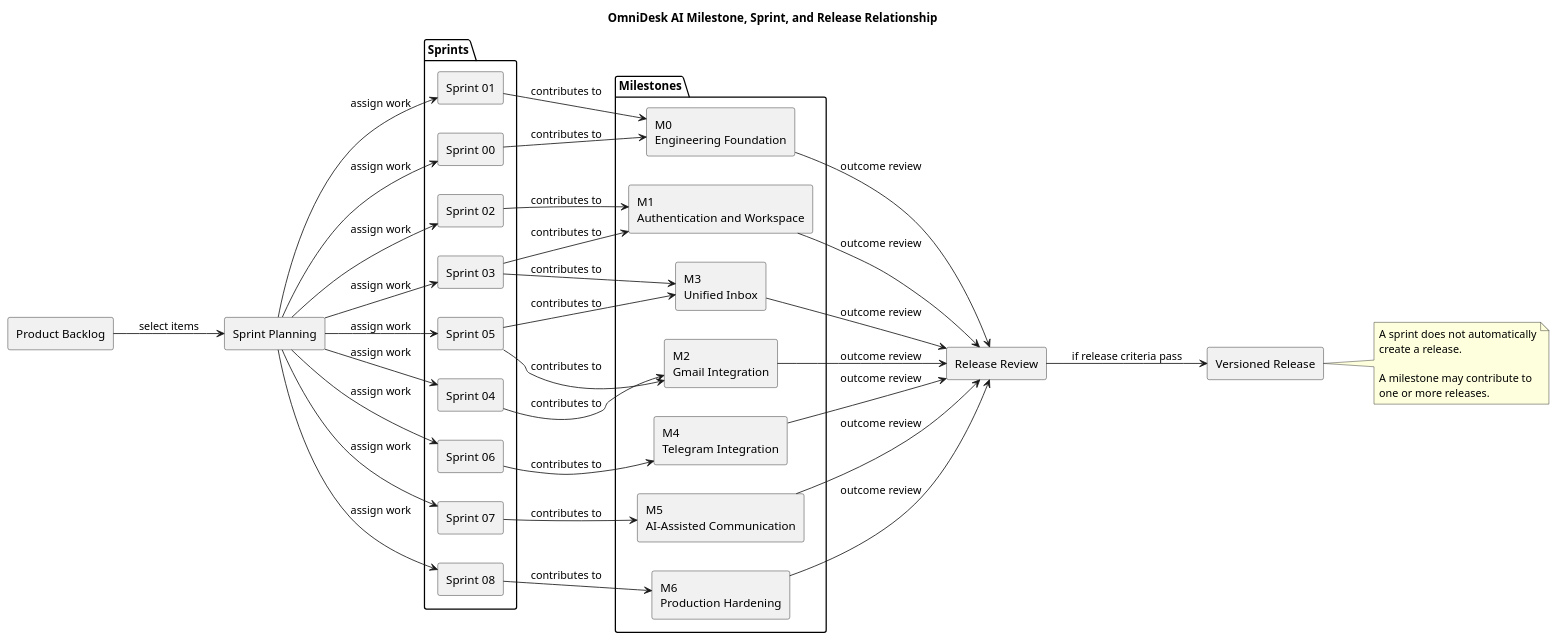
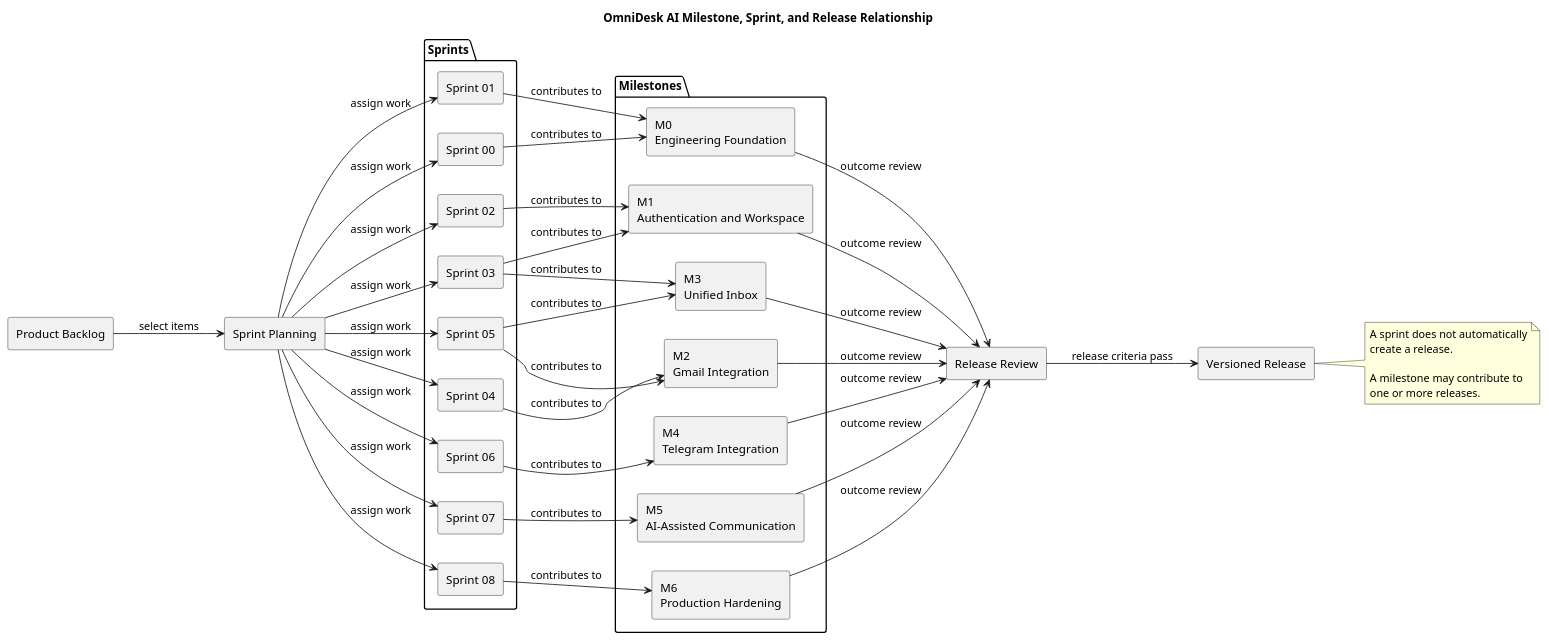
The diagram in docs/project-management/diagrams/milestone-sprint-release-relationship.puml (Farhad-Valizadegan/Web-OmniDesk), drawn with PlantUML before and after one commit. The commit also changed 2 other files, not shown here.

Commit message:
docs: add milestone sprint release diagram

```diff
--- a/docs/project-management/diagrams/milestone-sprint-release-relationship.puml
+++ b/docs/project-management/diagrams/milestone-sprint-release-relationship.puml
@@ -1,76 +1,77 @@
 @startuml
 title OmniDesk AI Milestone, Sprint, and Release Relationship
 
 left to right direction
 skinparam componentStyle rectangle
 
 rectangle "Product Backlog" as Backlog
 rectangle "Sprint Planning" as Planning
 
 package "Milestones" {
   rectangle "M0\nEngineering Foundation" as M0
   rectangle "M1\nAuthentication and Workspace" as M1
   rectangle "M2\nGmail Integration" as M2
   rectangle "M3\nUnified Inbox" as M3
   rectangle "M4\nTelegram Integration" as M4
   rectangle "M5\nAI-Assisted Communication" as M5
   rectangle "M6\nProduction Hardening" as M6
 }
 
 package "Sprints" {
   rectangle "Sprint 00" as S00
   rectangle "Sprint 01" as S01
   rectangle "Sprint 02" as S02
   rectangle "Sprint 03" as S03
   rectangle "Sprint 04" as S04
   rectangle "Sprint 05" as S05
   rectangle "Sprint 06" as S06
   rectangle "Sprint 07" as S07
   rectangle "Sprint 08" as S08
 }
 
 rectangle "Release Review" as Review
 rectangle "Versioned Release" as Release
 
 Backlog --> Planning : select items
+
 Planning --> S00 : assign work
 Planning --> S01 : assign work
 Planning --> S02 : assign work
 Planning --> S03 : assign work
 Planning --> S04 : assign work
 Planning --> S05 : assign work
 Planning --> S06 : assign work
 Planning --> S07 : assign work
 Planning --> S08 : assign work
 
 S00 --> M0 : contributes to
 S01 --> M0 : contributes to
 S02 --> M1 : contributes to
 S03 --> M1 : contributes to
 S03 --> M3 : contributes to
 S04 --> M2 : contributes to
 S05 --> M2 : contributes to
 S05 --> M3 : contributes to
 S06 --> M4 : contributes to
 S07 --> M5 : contributes to
 S08 --> M6 : contributes to
 
 M0 --> Review : outcome review
 M1 --> Review : outcome review
 M2 --> Review : outcome review
 M3 --> Review : outcome review
 M4 --> Review : outcome review
 M5 --> Review : outcome review
 M6 --> Review : outcome review
 
-Review --> Release : if release criteria pass
+Review --> Release : release criteria pass
 
 note right of Release
 A sprint does not automatically
 create a release.
 
 A milestone may contribute to
 one or more releases.
 end note
 
 @enduml
```
